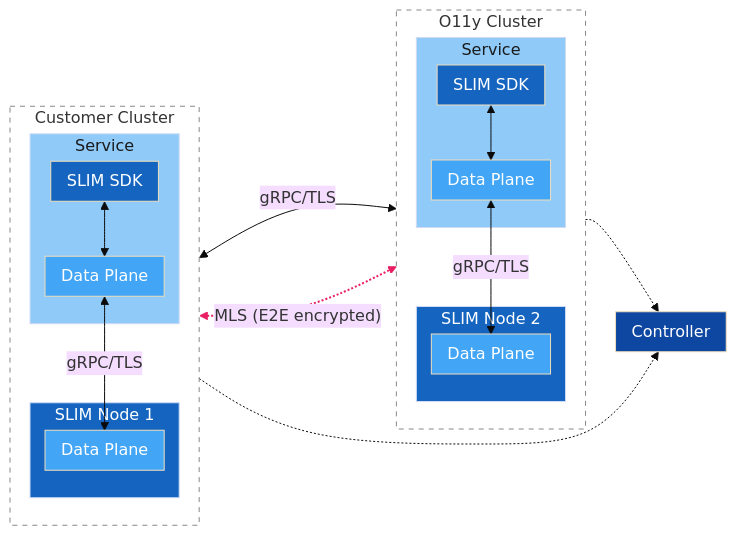
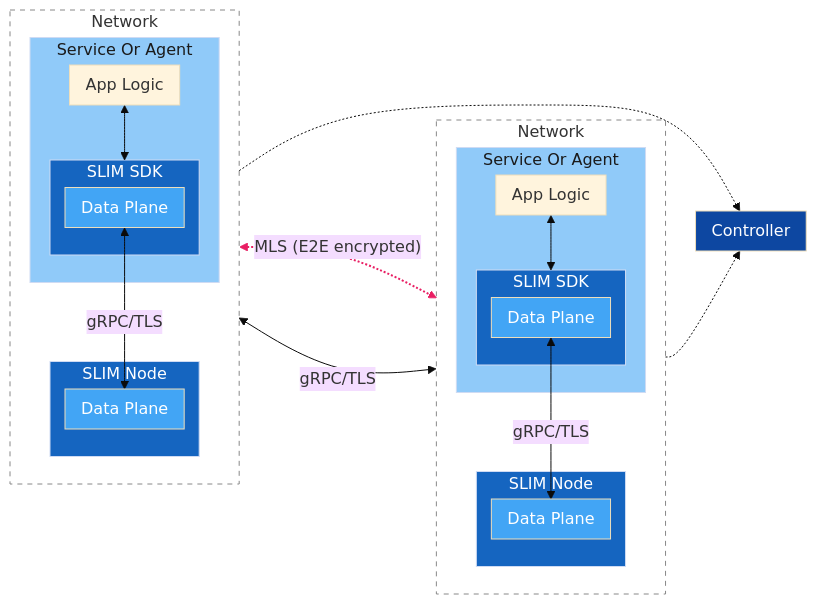
One commit to agntcy/blogs changed the third of 9 diagrams in presentations/slim-multicluster-demo/slim-multicluster-demo.md. Above: the diagram before and after it, drawn with Mermaid (base theme).

Commit message:
docs: Add "App Logic" to slim arch diagram

````diff
--- a/presentations/slim-multicluster-demo/slim-multicluster-demo.md
+++ b/presentations/slim-multicluster-demo/slim-multicluster-demo.md
@@ -167,49 +167,52 @@
 ```mermaid
 %%{init: {'flowchart': {'nodeSpacing': 10, 'rankSpacing': 30, 'padding': 8}}}%%
 graph LR
-    subgraph ClusterA["Customer Cluster"]
+    subgraph ClusterA["Network"]
         direction TB
-        subgraph SA["Service"]
-            SLA[SLIM SDK]
-            DPA[Data Plane]
-            SLA <--> DPA
+        subgraph SA["Service Or Agent"]
+            AL["App Logic"]
+            subgraph SDKA["SLIM SDK"]
+                DPA[Data Plane]
+            end
+            AL <--> SDKA
         end
-        subgraph SN1["SLIM Node 1"]
+        subgraph SN1["SLIM Node"]
             DPN1[Data Plane]
         end
         DPA <-- "gRPC/TLS" --> DPN1
     end
 
-    DPN1 <-- "gRPC/TLS" --> DPN2
-    SN1 -.-> CP[Controller]
-    SN2 -.-> CP
-    SLA <-. "MLS (E2E encrypted)" .-> SLB
-
-    subgraph ClusterB["O11y Cluster"]
+    subgraph ClusterB["Network"]
         direction TB
-        subgraph SB["Service"]
-            SLB[SLIM SDK]
-            DPB[Data Plane]
-            SLB <--> DPB
+        subgraph SB["Service Or Agent"]
+            BL["App Logic"]
+            subgraph SDKB["SLIM SDK"]
+                DPB[Data Plane]
+            end
+            BL <--> SDKB
         end
-        subgraph SN2["SLIM Node 2"]
+        subgraph SN2["SLIM Node"]
             DPN2[Data Plane]
         end
         DPB <-- "gRPC/TLS" --> DPN2
     end
 
+    DPN1 <-- "gRPC/TLS" --> DPN2
+    DPB <-. "MLS (E2E encrypted)" .-> DPA
+    SN1 & SN2 -.-> CP[Controller]
+
     style CP fill:#0D47A1,color:#fff
     style SA fill:#90CAF9,color:#1a1a1a
     style SB fill:#90CAF9,color:#1a1a1a
-    style SLA fill:#1565C0,color:#fff
-    style SLB fill:#1565C0,color:#fff
+    style SDKA fill:#1565C0,color:#fff
+    style SDKB fill:#1565C0,color:#fff
     style DPA fill:#42A5F5,color:#fff
     style DPB fill:#42A5F5,color:#fff
     style SN1 fill:#1565C0,color:#fff
     style SN2 fill:#1565C0,color:#fff
     style DPN1 fill:#42A5F5,color:#fff
     style DPN2 fill:#42A5F5,color:#fff
     style ClusterA fill:none,stroke:#888,stroke-dasharray: 5 5,color:#333
     style ClusterB fill:none,stroke:#888,stroke-dasharray: 5 5,color:#333
     linkStyle 5 stroke:#E91E63,stroke-width:2px
 ```
````
